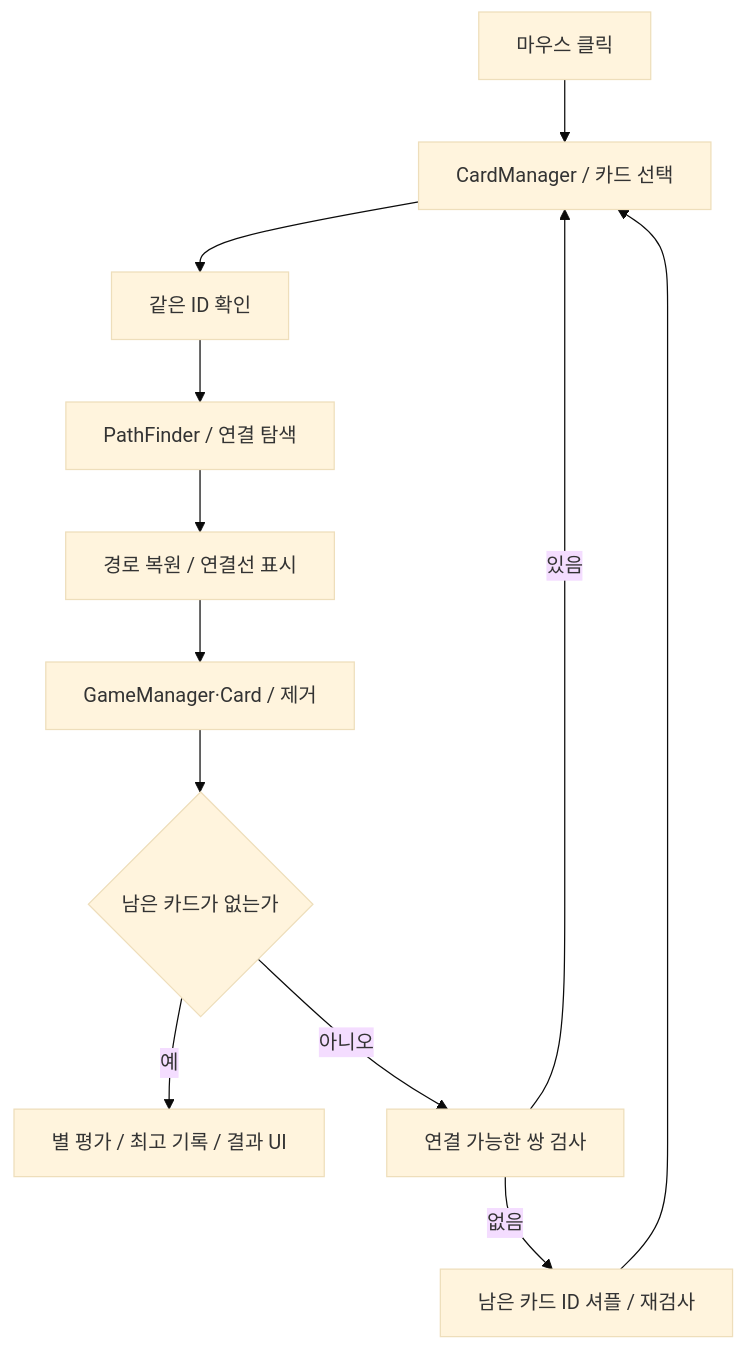
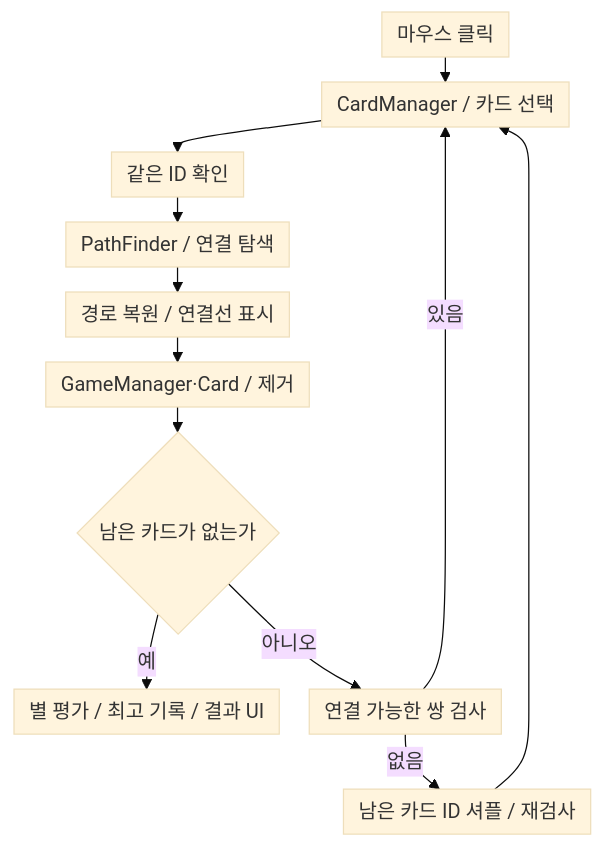
The first of 2 diagrams in src/1-SichuanSung/TechDoc_SichuanSung.md (keeeery/portfolio), drawn with Mermaid (base theme) before and after one commit. The commit also changed other lines of this file and 11 other files, not shown here.

Commit message:
기술 문서 다이어그램 정리: 세로 배치·복귀 상태 분리, Folk Sack 구조도 지형 연결 맞추기, 주요 패키지 바로잡기

````diff
--- a/src/1-SichuanSung/TechDoc_SichuanSung.md
+++ b/src/1-SichuanSung/TechDoc_SichuanSung.md
@@ -67,14 +67,15 @@
 ```mermaid
+%%{init: {"flowchart": {"rankSpacing": 20, "nodeSpacing": 24, "padding": 6}}}%%
 flowchart TB
     Input[마우스 클릭] --> Select[CardManager / 카드 선택]
     Select --> Match[같은 ID 확인]
     Match --> Path[PathFinder / 연결 탐색]
     Path --> Line[경로 복원 / 연결선 표시]
     Line --> Remove[GameManager·Card / 제거]
     Remove --> Clear{남은 카드가 없는가}
     Clear -->|예| Result[별 평가 / 최고 기록 / 결과 UI]
     Clear -->|아니오| Deadlock[연결 가능한 쌍 검사]
     Deadlock -->|없음| Shuffle[남은 카드 ID 셔플 / 재검사]
     Shuffle --> Select
     Deadlock -->|있음| Select
 ```
````
